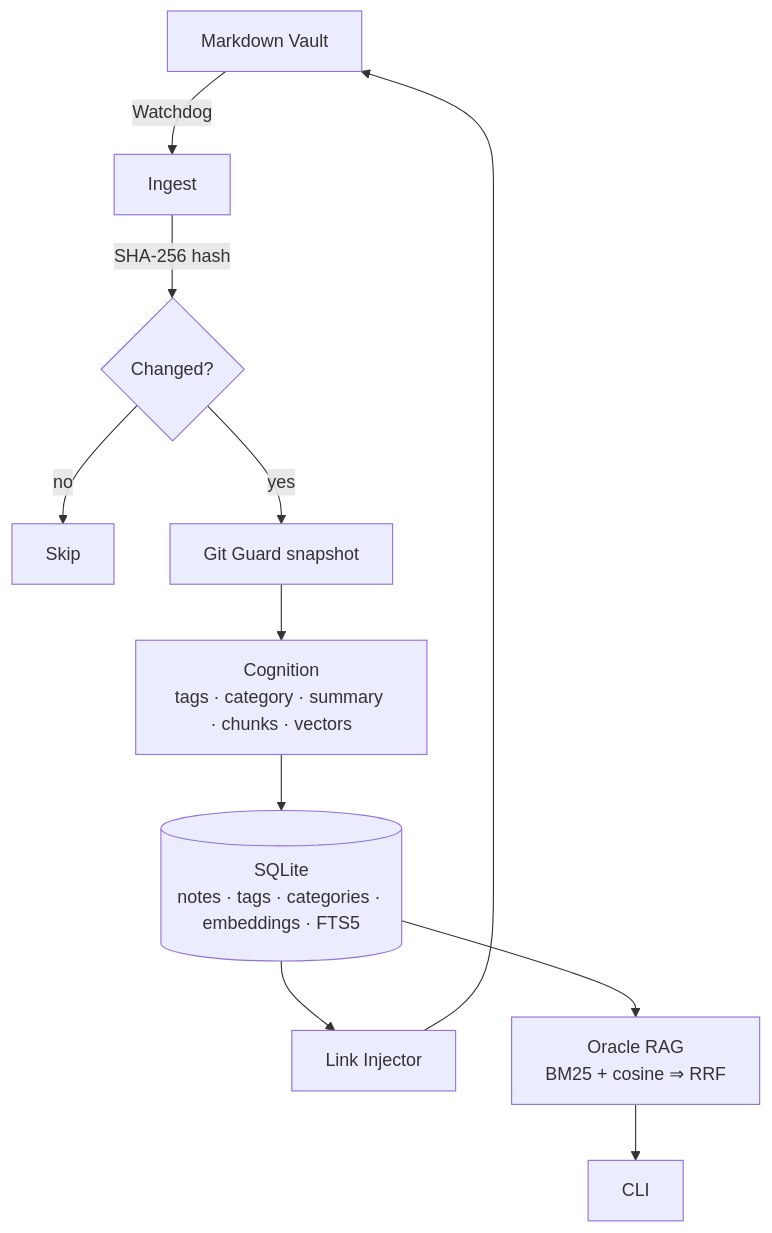
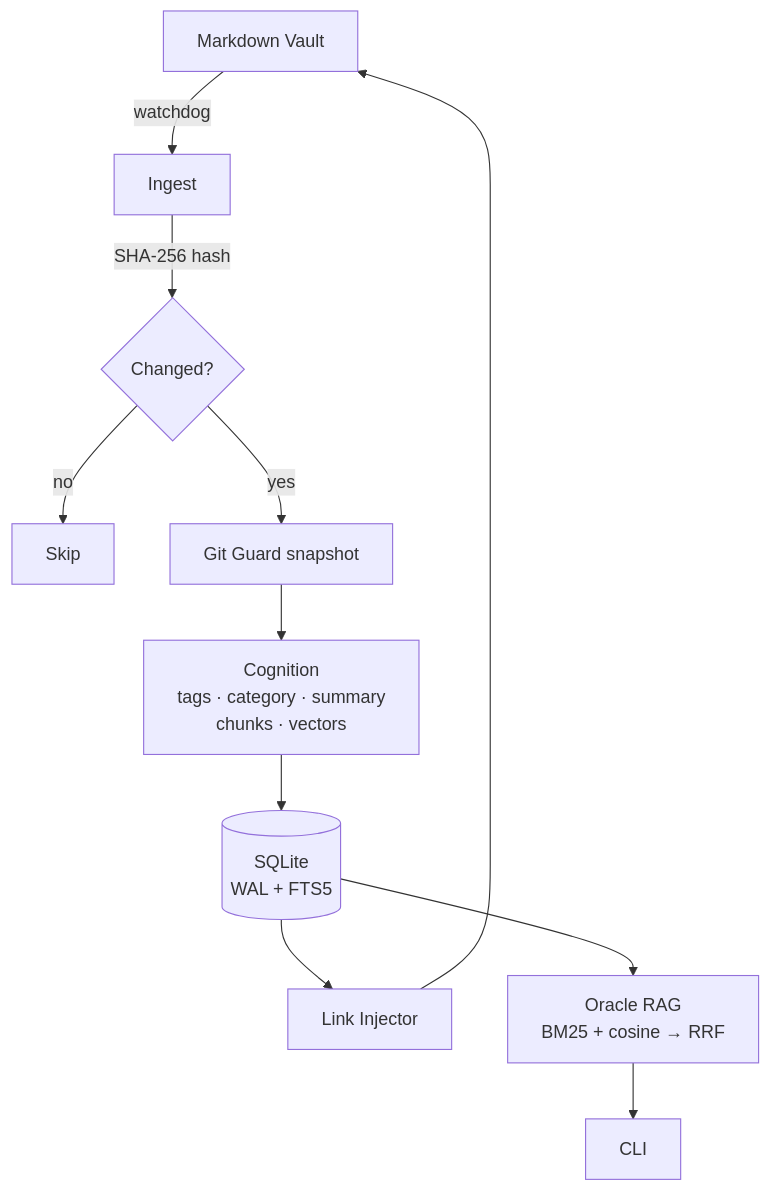
One commit to kahz12/Grimore-MD changed the diagram in README.md. Above: the diagram before and after it, drawn with Mermaid. The commit also changed other lines of this file and 3 other files, not shown here.

Commit message:
feat(utils): actionable preflight for Ollama, models, vault and git docs: restructure README with value-prop intro, emoji features and status   roadmap

````diff
--- a/README.md
+++ b/README.md
@@ -91,13 +99,13 @@
 ```mermaid
 graph TD
-    A[Markdown Vault] -->|Watchdog| B[Ingest]
-    B -->|SHA-256 hash| C{Changed?}
-    C -->|no| Z[Skip]
-    C -->|yes| D[Git Guard snapshot]
-    D --> E[Cognition<br/>tags · category · summary · chunks · vectors]
-    E --> F[(SQLite<br/>notes · tags · categories · embeddings · FTS5)]
-    F --> G[Link Injector]
+    A["Markdown Vault"] -->|watchdog| B["Ingest"]
+    B -->|SHA-256 hash| C{"Changed?"}
+    C -->|no| Z["Skip"]
+    C -->|yes| D["Git Guard snapshot"]
+    D --> E["Cognition<br/>tags · category · summary<br/>chunks · vectors"]
+    E --> F[("SQLite<br/>WAL + FTS5")]
+    F --> G["Link Injector"]
     G --> A
-    F --> H[Oracle RAG<br/>BM25 + cosine ⇒ RRF]
-    H --> I[CLI]
+    F --> H["Oracle RAG<br/>BM25 + cosine → RRF"]
+    H --> I["CLI"]
 ```
````
